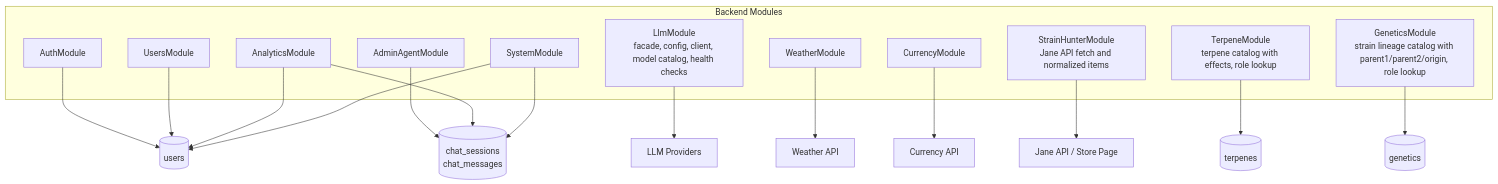
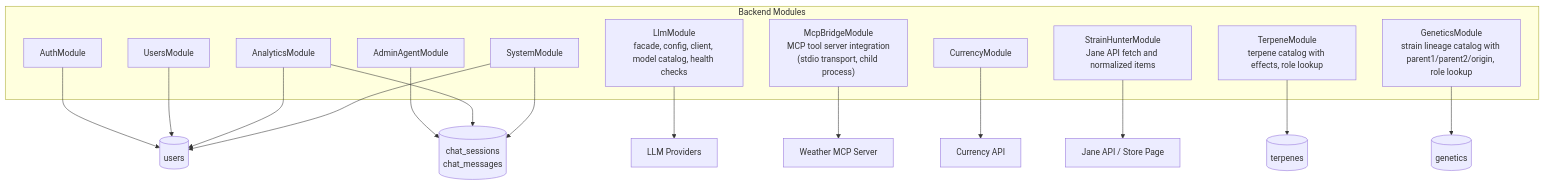
Before and after one commit to Poratt/Agentic-Agent: the fifth of 8 diagrams in documents/architecture-diagram.md, drawn with Mermaid. The commit also changed other lines of this file and 44 other files, not shown here.

First line of the commit message:
feat: MCP bridge integration + weather cards Hebrew + docs

````diff
--- a/documents/architecture-diagram.md
+++ b/documents/architecture-diagram.md
@@ -220,27 +233,27 @@
 ```mermaid
 flowchart TB
   subgraph Modules["Backend Modules"]
     Auth["AuthModule"]
     Users["UsersModule"]
     AdminAgent["AdminAgentModule"]
     LLM["LlmModule\nfacade, config, client, model catalog, health checks"]
     System["SystemModule"]
-    Weather["WeatherModule"]
+    McpBridge["McpBridgeModule\nMCP tool server integration\n(stdio transport, child process)"]
     Analytics["AnalyticsModule"]
     Currency["CurrencyModule"]
     StrainHunter["StrainHunterModule\nJane API fetch and normalized items"]
     Terpene["TerpeneModule\nterpene catalog with effects, role lookup"]
     Genetics["GeneticsModule\nstrain lineage catalog with parent1/parent2/origin, role lookup"]
   end
 
   Auth & Users --> UsersDb[(users)]
   AdminAgent --> ChatDb[(chat_sessions\nchat_messages)]
   Analytics --> UsersDb & ChatDb
   System --> UsersDb & ChatDb
-  Weather --> WeatherApi[Weather API]
+  McpBridge --> WeatherMcp[Weather MCP Server]
   Currency --> CurrencyApi[Currency API]
   StrainHunter --> JaneApi[Jane API / Store Page]
   Terpene --> TerpenesDb[(terpenes)]
   Genetics --> GeneticsDb[(genetics)]
   LLM --> Providers[LLM Providers]
 ```
````
